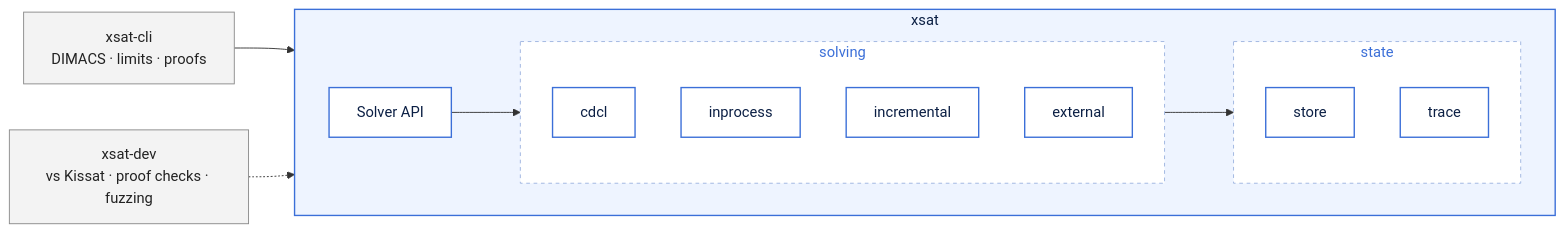
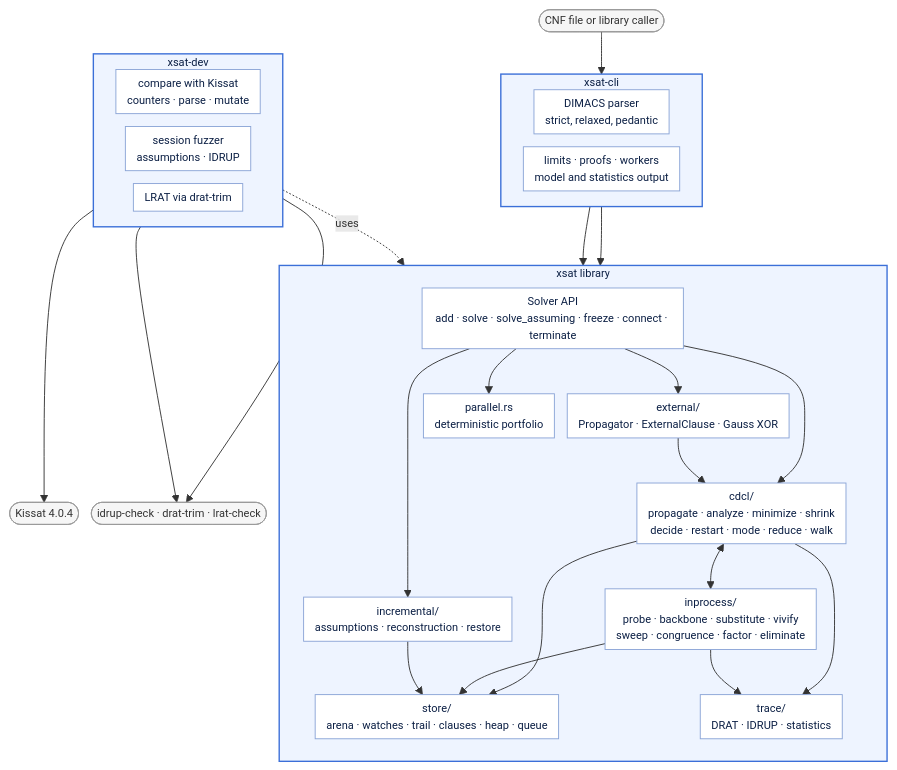
One commit to orkait/xsat changed the diagram in docs/architecture.mmd. Above: the diagram before and after it, drawn with Mermaid. The commit also changed 5 other files, not shown here.

Commit message:
docs(xsat): restore full diagrams with a tighter layout (#634)

```diff
--- a/docs/architecture.mmd
+++ b/docs/architecture.mmd
@@ -1,32 +1,55 @@
-flowchart LR
-  classDef module fill:#ffffff,stroke:#3b6fd8,stroke-width:1.5px,color:#0b1f44
-  classDef edge fill:#f3f3f3,stroke:#8a8a8a,color:#222
+%%{init: {"themeVariables": {"fontSize": "12px"}, "flowchart": {"nodeSpacing": 14, "rankSpacing": 24, "padding": 6, "wrappingWidth": 260, "diagramPadding": 4}}}%%
+flowchart TB
+  classDef module fill:#ffffff,stroke:#8aa4d6,color:#0b1f44
+  classDef outside fill:#f6f6f6,stroke:#9a9a9a,color:#333
 
-  cli["xsat-cli<br/>DIMACS · limits · proofs"]:::edge
-  dev["xsat-dev<br/>vs Kissat · proof checks · fuzzing"]:::edge
+  user([CNF file or library caller]):::outside
 
-  subgraph lib["xsat"]
+  subgraph cli["xsat-cli"]
     direction LR
-    api[Solver API]:::module
-    subgraph run["solving"]
-      direction TB
-      cdcl[cdcl]:::module
-      inproc[inprocess]:::module
-      incr[incremental]:::module
-      ext[external]:::module
-    end
-    subgraph data["state"]
-      direction TB
-      store[store]:::module
-      trace[trace]:::module
-    end
+    parse[DIMACS parser<br/>strict, relaxed, pedantic]:::module
+    run[limits · proofs · workers<br/>model and statistics output]:::module
   end
+  style cli fill:#eef4ff,stroke:#3b6fd8,stroke-width:1.5px,color:#0b1f44
 
-  cli --> api
-  dev -.-> api
-  api --> run
-  run --> data
+  subgraph lib["xsat library"]
+    direction TB
+    api[Solver API<br/>add · solve · solve_assuming · freeze · connect · terminate]:::module
+    cdcl[cdcl/<br/>propagate · analyze · minimize · shrink<br/>decide · restart · mode · reduce · walk]:::module
+    inproc[inprocess/<br/>probe · backbone · substitute · vivify<br/>sweep · congruence · factor · eliminate]:::module
+    incr[incremental/<br/>assumptions · reconstruction · restore]:::module
+    store[store/<br/>arena · watches · trail · clauses · heap · queue]:::module
+    ext[external/<br/>Propagator · ExternalClause · Gauss XOR]:::module
+    trace[trace/<br/>DRAT · IDRUP · statistics]:::module
+    par[parallel.rs<br/>deterministic portfolio]:::module
+  end
+  style lib fill:#eef4ff,stroke:#3b6fd8,stroke-width:1.5px,color:#0b1f44
 
-  style lib fill:#eef4ff,stroke:#3b6fd8,stroke-width:1.5px,color:#0b1f44
-  style run fill:#ffffff,stroke:#9db4e0,stroke-dasharray:4,color:#3b6fd8
-  style data fill:#ffffff,stroke:#9db4e0,stroke-dasharray:4,color:#3b6fd8
+  subgraph dev["xsat-dev"]
+    direction LR
+    cmp[compare with Kissat<br/>counters · parse · mutate]:::module
+    ses[session fuzzer<br/>assumptions · IDRUP]:::module
+    lrat[LRAT via drat-trim]:::module
+  end
+  style dev fill:#eef4ff,stroke:#3b6fd8,stroke-width:1.5px,color:#0b1f44
+
+  kissat([Kissat 4.0.4]):::outside
+  checkers([idrup-check · drat-trim · lrat-check]):::outside
+
+  user --> parse --> api
+  run --> api
+  api --> cdcl
+  api --> incr
+  api --> ext
+  api --> par
+  cdcl <--> inproc
+  cdcl --> store
+  inproc --> store
+  incr --> store
+  ext --> cdcl
+  cdcl --> trace
+  inproc --> trace
+  cmp --> kissat
+  ses --> checkers
+  lrat --> checkers
+  dev -.uses.-> lib
```
